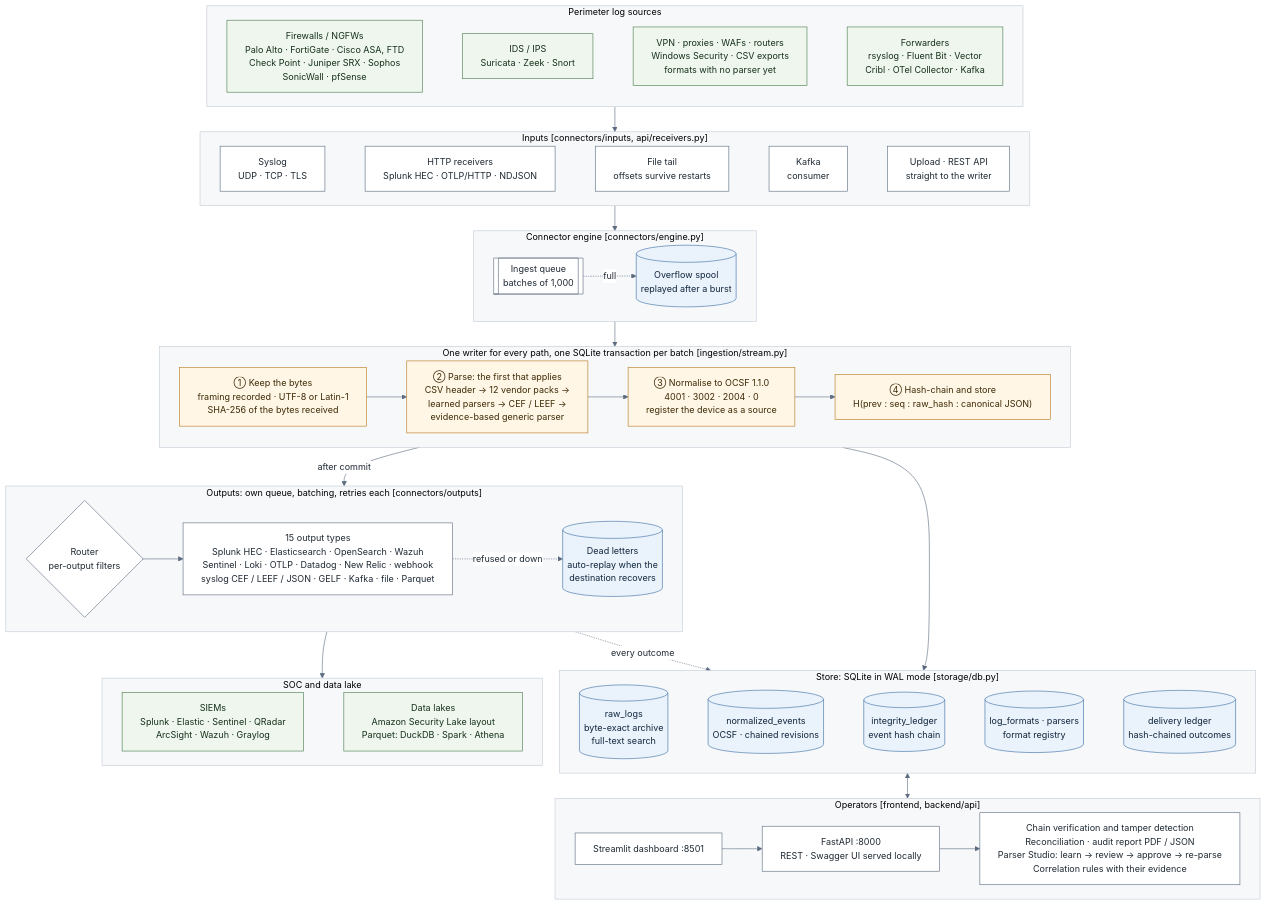
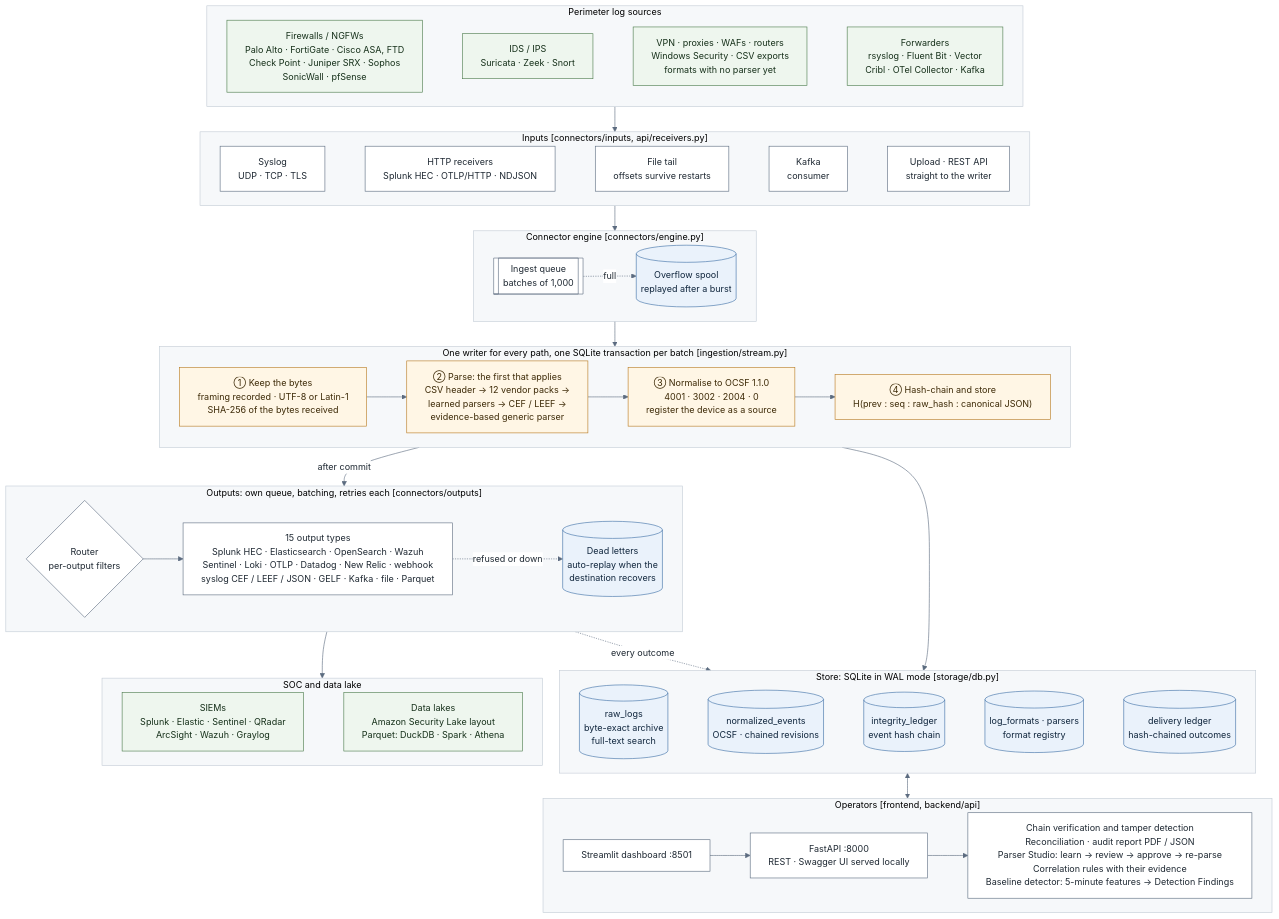
The diagram in docs/ARCHITECTURE.md (VengefulSpartan/ULPF), drawn with Mermaid before and after one commit. The commit also changed other lines of this file and 29 other files, not shown here.

First line of the commit message:
Make the data ML-ready and ship a baseline detector that writes chained findings

```diff
--- a/docs/ARCHITECTURE.md
+++ b/docs/ARCHITECTURE.md
@@ -93,7 +93,7 @@
     direction LR
     DASH["Streamlit dashboard :8501"]
     API["FastAPI :8000<br/>REST · Swagger UI served locally"]
-    SVC["Chain verification and tamper detection<br/>Reconciliation · audit report PDF / JSON<br/>Parser Studio: learn → review → approve → re-parse<br/>Correlation rules with their evidence"]
+    SVC["Chain verification and tamper detection<br/>Reconciliation · audit report PDF / JSON<br/>Parser Studio: learn → review → approve → re-parse<br/>Correlation rules with their evidence<br/>Baseline detector: 5-minute features → Detection Findings"]
     DASH --> API --> SVC
   end
 
```
